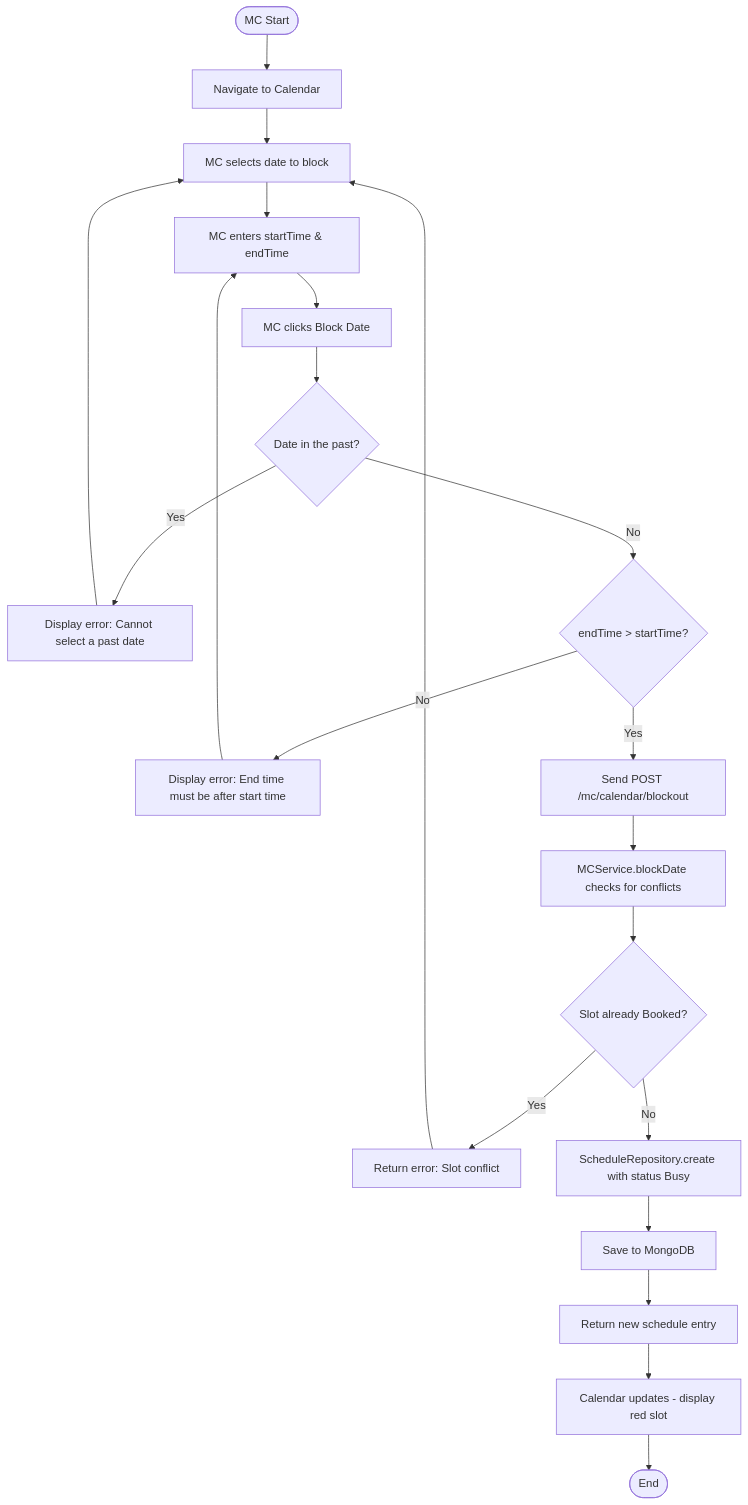
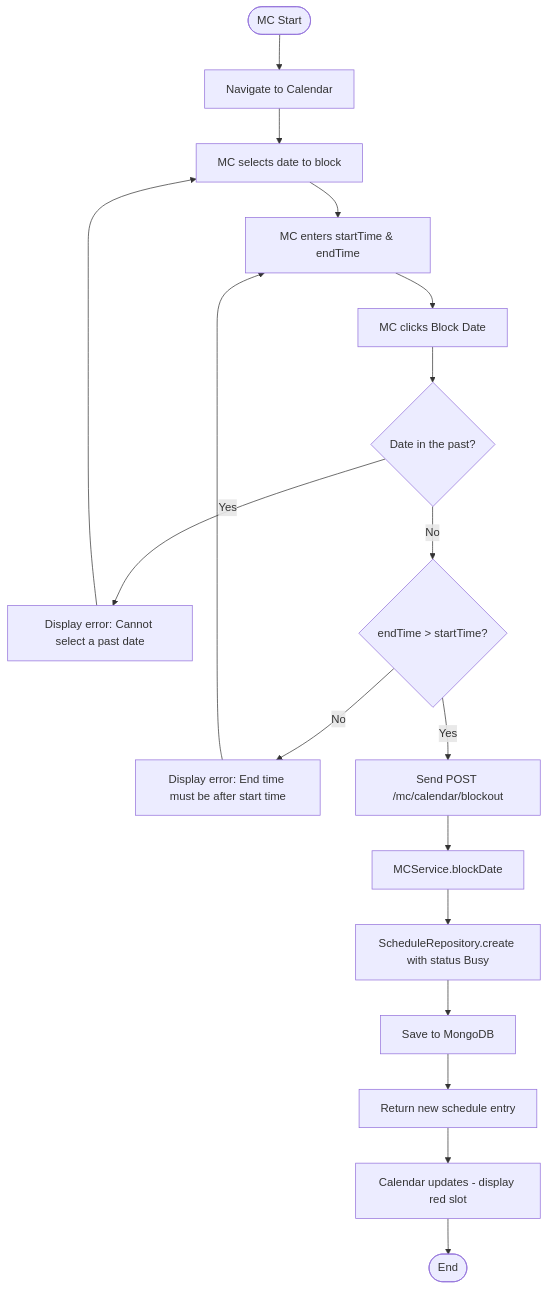
Diagram 16 of 51 in UC_Diagrams_EN.md (dat-21/SWD392), drawn with Mermaid before and after one commit. The commit also changed other lines of this file and 1 other file, not shown here.

Commit message:
docs: Refine UC diagrams and flows for media upload, schedule, and availability management, removing complex backend checks and notification dispatches.

````diff
--- a/UC_Diagrams_EN.md
+++ b/UC_Diagrams_EN.md
@@ -602,23 +613,20 @@
 ```mermaid
 flowchart TD
     A([MC Start]) --> B[Navigate to Calendar]
     B --> C[MC selects date to block]
     C --> D[MC enters startTime & endTime]
     D --> E[MC clicks Block Date]
     E --> F{Date in the past?}
     F -- Yes --> G[Display error: Cannot select a past date]
     G --> C
     F -- No --> H{endTime > startTime?}
     H -- No --> I[Display error: End time must be after start time]
     I --> D
     H -- Yes --> J[Send POST /mc/calendar/blockout]
-    J --> K[MCService.blockDate checks for conflicts]
-    K --> L{Slot already Booked?}
-    L -- Yes --> M[Return error: Slot conflict]
-    M --> C
-    L -- No --> N[ScheduleRepository.create with status Busy]
+    J --> K[MCService.blockDate]
+    K --> N[ScheduleRepository.create with status Busy]
     N --> O[Save to MongoDB]
     O --> P[Return new schedule entry]
     P --> Q[Calendar updates - display red slot]
     Q --> Z([End])
 ```
````
